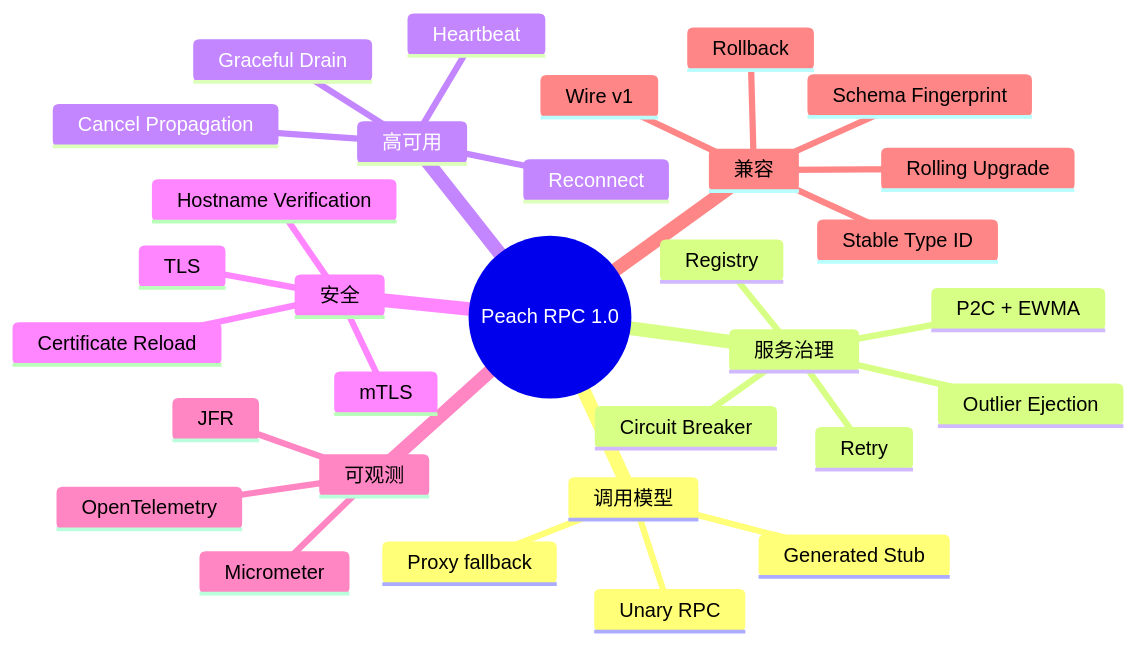
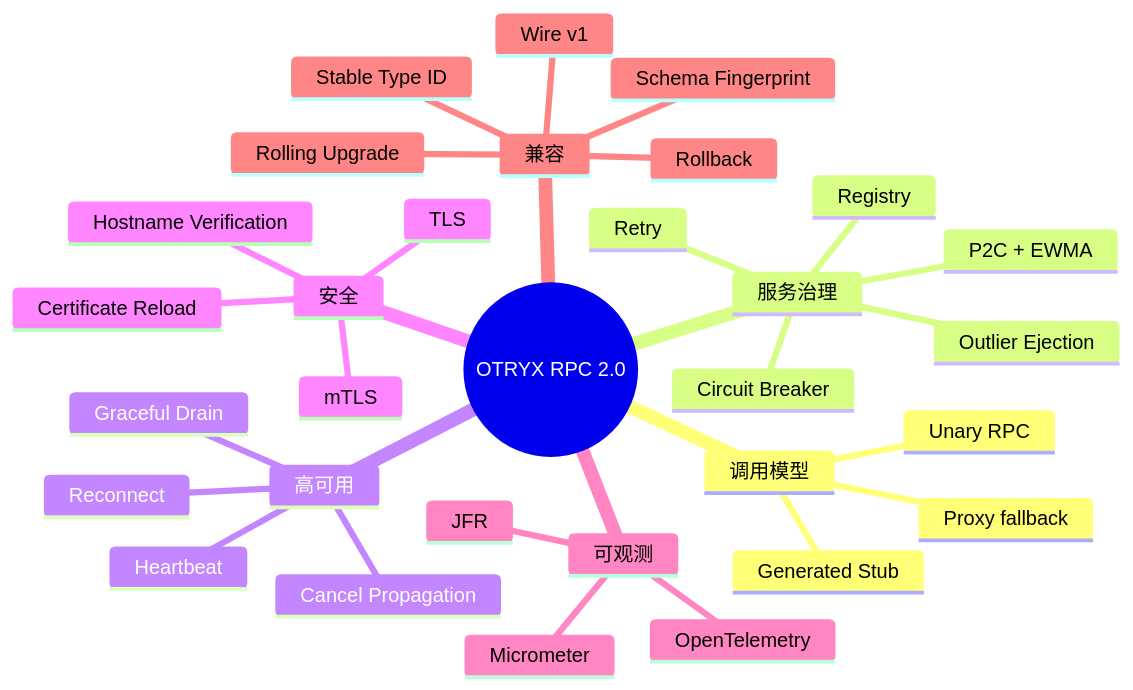
Before and after one commit to Ryan-Guizhou/peach-rpc: the diagram in docs/features.md, drawn with Mermaid. The commit also changed other lines of this file and 645 other files, not shown here.

First line of the commit message:
refactor(otryx): migrate Peach RPC 1.0.x to OTRYX RPC 2.0

````diff
--- a/docs/features.md
+++ b/docs/features.md
@@ -7,34 +9,34 @@
 ```mermaid
 mindmap
-  root((Peach RPC 1.0))
+  root((OTRYX RPC 2.0))
     调用模型
       Unary RPC
       Generated Stub
       Proxy fallback
     服务治理
       Registry
       P2C + EWMA
       Retry
       Circuit Breaker
       Outlier Ejection
     高可用
       Heartbeat
       Reconnect
       Graceful Drain
       Cancel Propagation
     安全
       TLS
       mTLS
       Hostname Verification
       Certificate Reload
     可观测
       Micrometer
       OpenTelemetry
       JFR
     兼容
       Wire v1
       Stable Type ID
       Schema Fingerprint
       Rolling Upgrade
       Rollback
 ```
````
